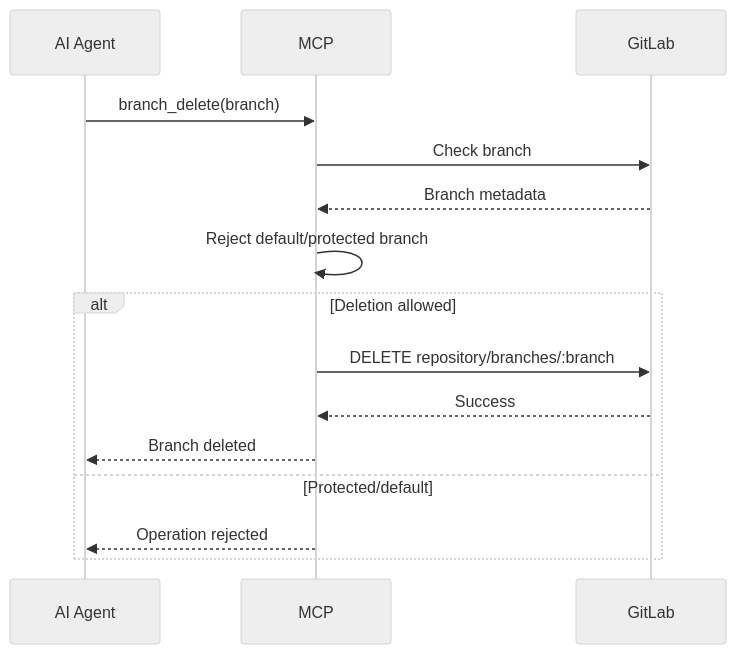
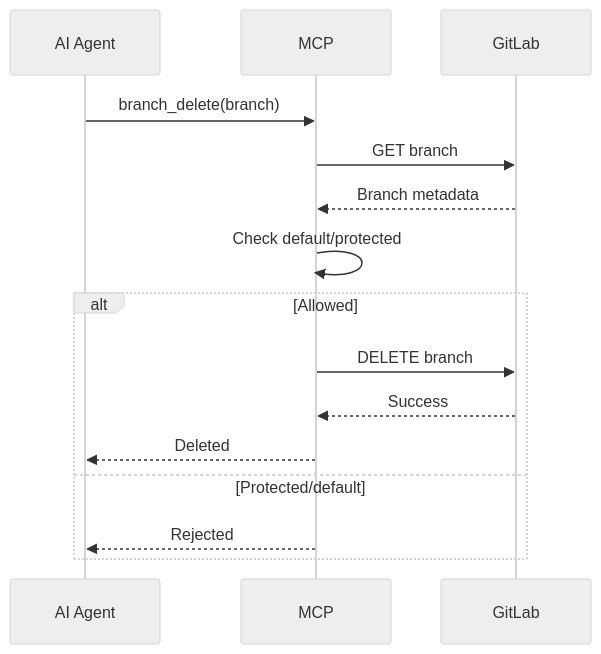
Before and after one commit to SkySai1/ArchRepoMCP: diagram 15 of 15 in AGENTS.md, drawn with Mermaid (neutral theme). The commit also changed other lines of this file, not shown here.

````diff
--- a/AGENTS.md
+++ b/AGENTS.md
@@ -1056,19 +1345,19 @@
 ```mermaid
 sequenceDiagram
     participant A as AI Agent
     participant M as MCP
     participant G as GitLab
 
     A->>M: branch_delete(branch)
-    M->>G: Check branch
+    M->>G: GET branch
     G-->>M: Branch metadata
-    M->>M: Reject default/protected branch
+    M->>M: Check default/protected
 
-    alt Deletion allowed
-        M->>G: DELETE repository/branches/:branch
+    alt Allowed
+        M->>G: DELETE branch
         G-->>M: Success
-        M-->>A: Branch deleted
+        M-->>A: Deleted
     else Protected/default
-        M-->>A: Operation rejected
+        M-->>A: Rejected
     end
 ```
````
